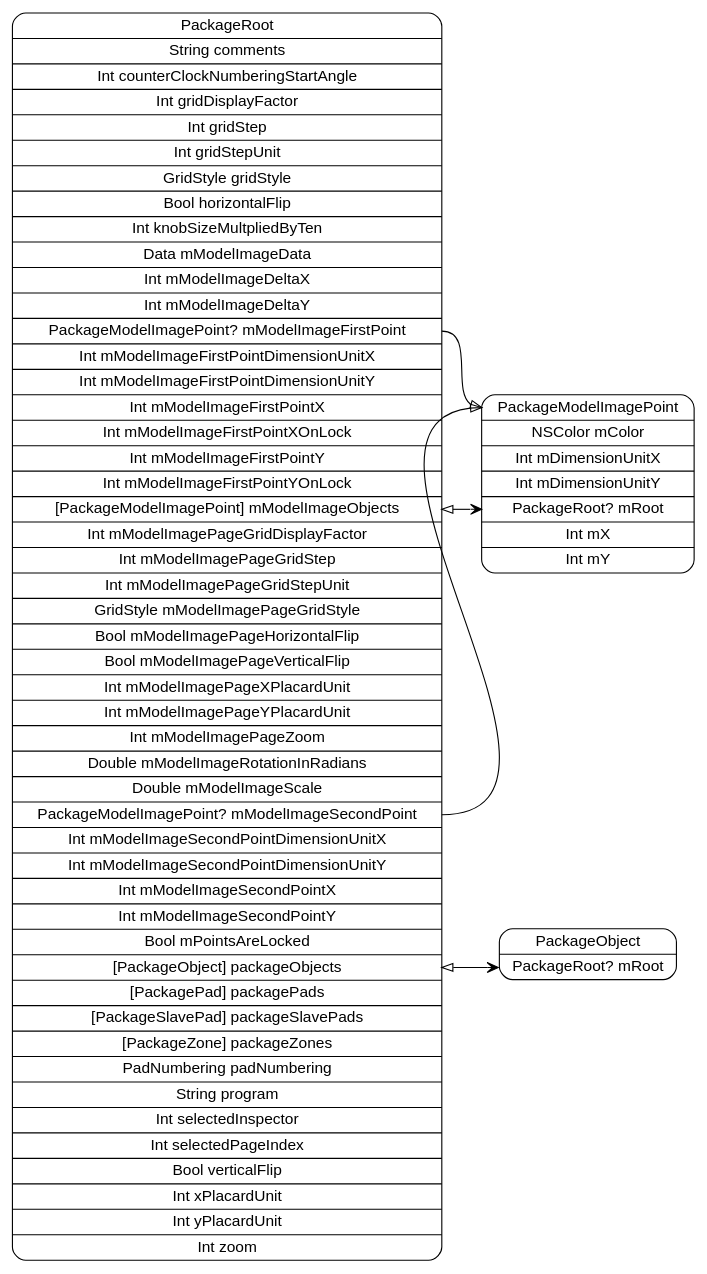
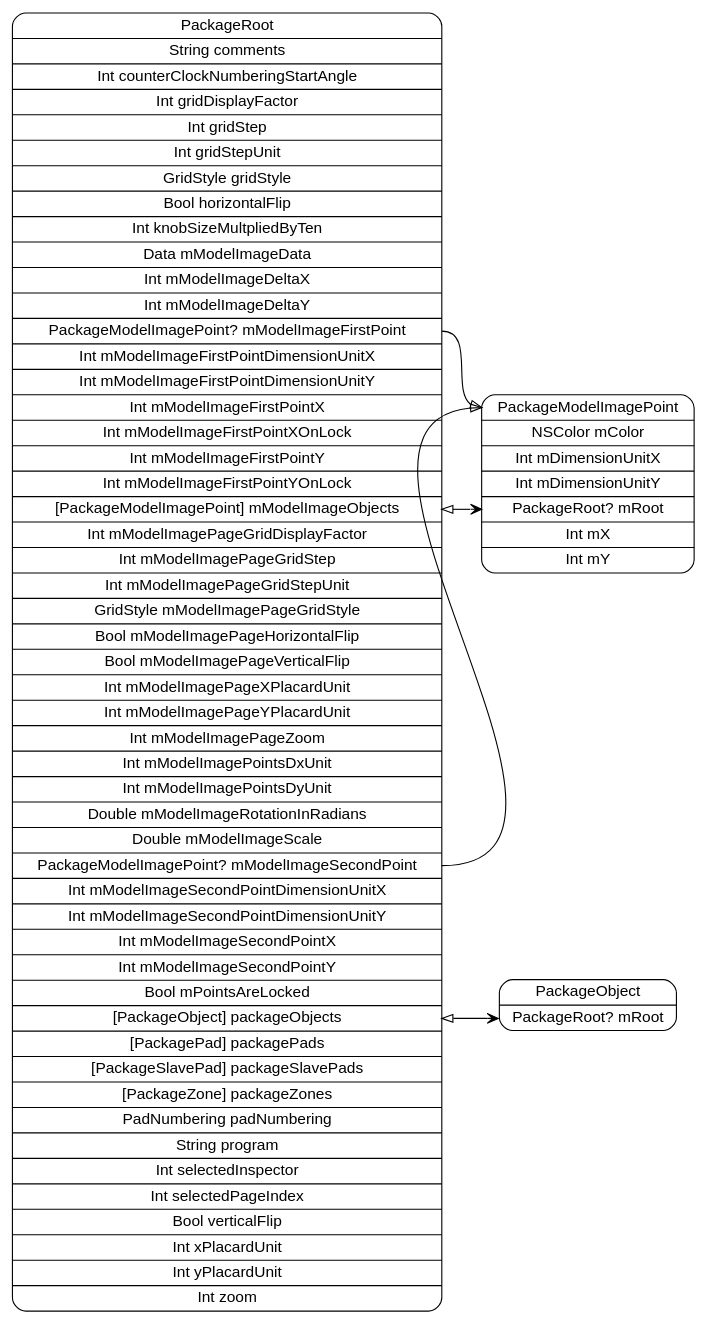
The diagram in models/PackageRoot.dot (pierremolinaro/ElCanari-dev), drawn with Graphviz before and after one commit. The commit also changed 16 other files, not shown here.

Commit message:
Package model image : suite

```diff
--- a/models/PackageRoot.dot
+++ b/models/PackageRoot.dot
@@ -1,11 +1,11 @@
 digraph G {
   rankdir=LR ;
   node [shape=record fontname=helvetica style=rounded] ;
-  PackageRoot[label="<PackageRoot>PackageRoot|String comments|Int counterClockNumberingStartAngle|Int gridDisplayFactor|Int gridStep|Int gridStepUnit|GridStyle gridStyle|Bool horizontalFlip|Int knobSizeMultpliedByTen|Data mModelImageData|Int mModelImageDeltaX|Int mModelImageDeltaY|<mModelImageFirstPoint>PackageModelImagePoint? mModelImageFirstPoint|Int mModelImageFirstPointDimensionUnitX|Int mModelImageFirstPointDimensionUnitY|Int mModelImageFirstPointX|Int mModelImageFirstPointXOnLock|Int mModelImageFirstPointY|Int mModelImageFirstPointYOnLock|<mModelImageObjects>[PackageModelImagePoint] mModelImageObjects|Int mModelImagePageGridDisplayFactor|Int mModelImagePageGridStep|Int mModelImagePageGridStepUnit|GridStyle mModelImagePageGridStyle|Bool mModelImagePageHorizontalFlip|Bool mModelImagePageVerticalFlip|Int mModelImagePageXPlacardUnit|Int mModelImagePageYPlacardUnit|Int mModelImagePageZoom|Double mModelImageRotationInRadians|Double mModelImageScale|<mModelImageSecondPoint>PackageModelImagePoint? mModelImageSecondPoint|Int mModelImageSecondPointDimensionUnitX|Int mModelImageSecondPointDimensionUnitY|Int mModelImageSecondPointX|Int mModelImageSecondPointY|Bool mPointsAreLocked|<packageObjects>[PackageObject] packageObjects|<packagePads>[PackagePad] packagePads|<packageSlavePads>[PackageSlavePad] packageSlavePads|<packageZones>[PackageZone] packageZones|PadNumbering padNumbering|String program|Int selectedInspector|Int selectedPageIndex|Bool verticalFlip|Int xPlacardUnit|Int yPlacardUnit|Int zoom"] ;
+  PackageRoot[label="<PackageRoot>PackageRoot|String comments|Int counterClockNumberingStartAngle|Int gridDisplayFactor|Int gridStep|Int gridStepUnit|GridStyle gridStyle|Bool horizontalFlip|Int knobSizeMultpliedByTen|Data mModelImageData|Int mModelImageDeltaX|Int mModelImageDeltaY|<mModelImageFirstPoint>PackageModelImagePoint? mModelImageFirstPoint|Int mModelImageFirstPointDimensionUnitX|Int mModelImageFirstPointDimensionUnitY|Int mModelImageFirstPointX|Int mModelImageFirstPointXOnLock|Int mModelImageFirstPointY|Int mModelImageFirstPointYOnLock|<mModelImageObjects>[PackageModelImagePoint] mModelImageObjects|Int mModelImagePageGridDisplayFactor|Int mModelImagePageGridStep|Int mModelImagePageGridStepUnit|GridStyle mModelImagePageGridStyle|Bool mModelImagePageHorizontalFlip|Bool mModelImagePageVerticalFlip|Int mModelImagePageXPlacardUnit|Int mModelImagePageYPlacardUnit|Int mModelImagePageZoom|Int mModelImagePointsDxUnit|Int mModelImagePointsDyUnit|Double mModelImageRotationInRadians|Double mModelImageScale|<mModelImageSecondPoint>PackageModelImagePoint? mModelImageSecondPoint|Int mModelImageSecondPointDimensionUnitX|Int mModelImageSecondPointDimensionUnitY|Int mModelImageSecondPointX|Int mModelImageSecondPointY|Bool mPointsAreLocked|<packageObjects>[PackageObject] packageObjects|<packagePads>[PackagePad] packagePads|<packageSlavePads>[PackageSlavePad] packageSlavePads|<packageZones>[PackageZone] packageZones|PadNumbering padNumbering|String program|Int selectedInspector|Int selectedPageIndex|Bool verticalFlip|Int xPlacardUnit|Int yPlacardUnit|Int zoom"] ;
   PackageObject[label="<PackageObject>PackageObject|<mRoot>PackageRoot? mRoot"] ;
   PackageModelImagePoint[label="<PackageModelImagePoint>PackageModelImagePoint|NSColor mColor|Int mDimensionUnitX|Int mDimensionUnitY|<mRoot>PackageRoot? mRoot|Int mX|Int mY"] ;
   PackageRoot:mModelImageFirstPoint -> PackageModelImagePoint:PackageModelImagePoint [dir=both arrowtail=none arrowhead=onormal] ;
   PackageRoot:mModelImageObjects -> PackageModelImagePoint:mRoot [dir=both arrowtail=onormal arrowhead=vee] ;
   PackageRoot:mModelImageSecondPoint -> PackageModelImagePoint:PackageModelImagePoint [dir=both arrowtail=none arrowhead=onormal] ;
   PackageRoot:packageObjects -> PackageObject:mRoot [dir=both arrowtail=onormal arrowhead=vee] ;
 }
```
